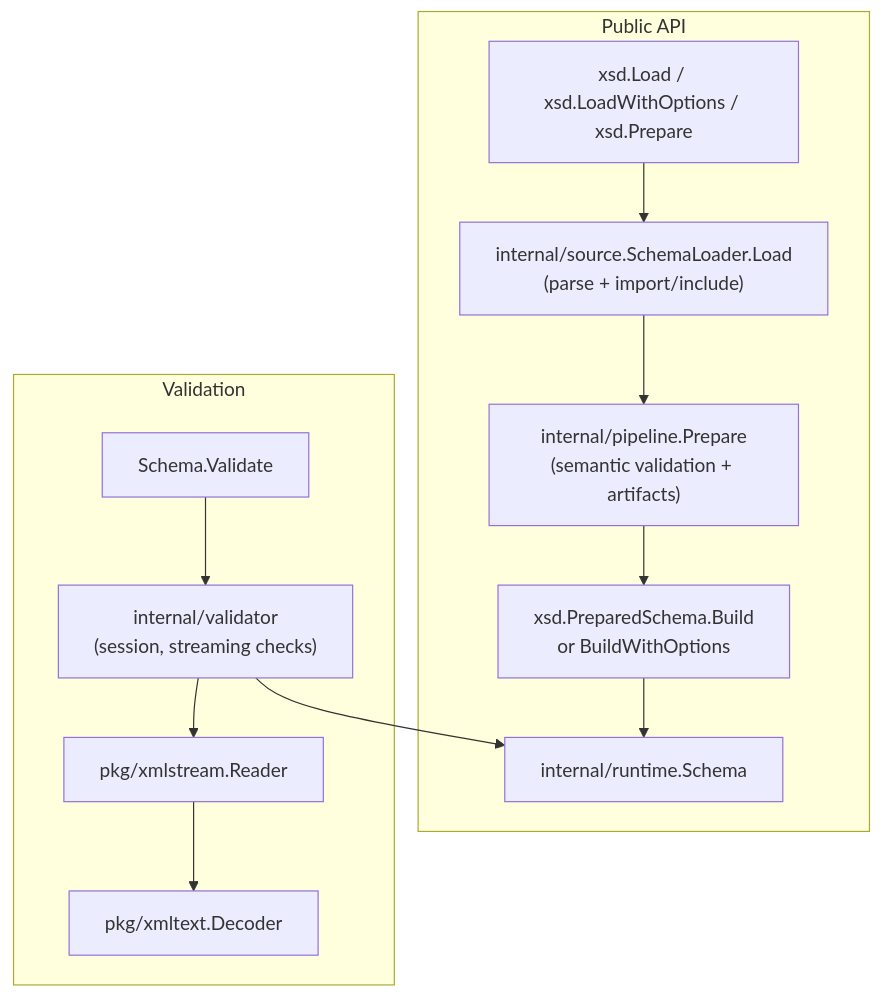
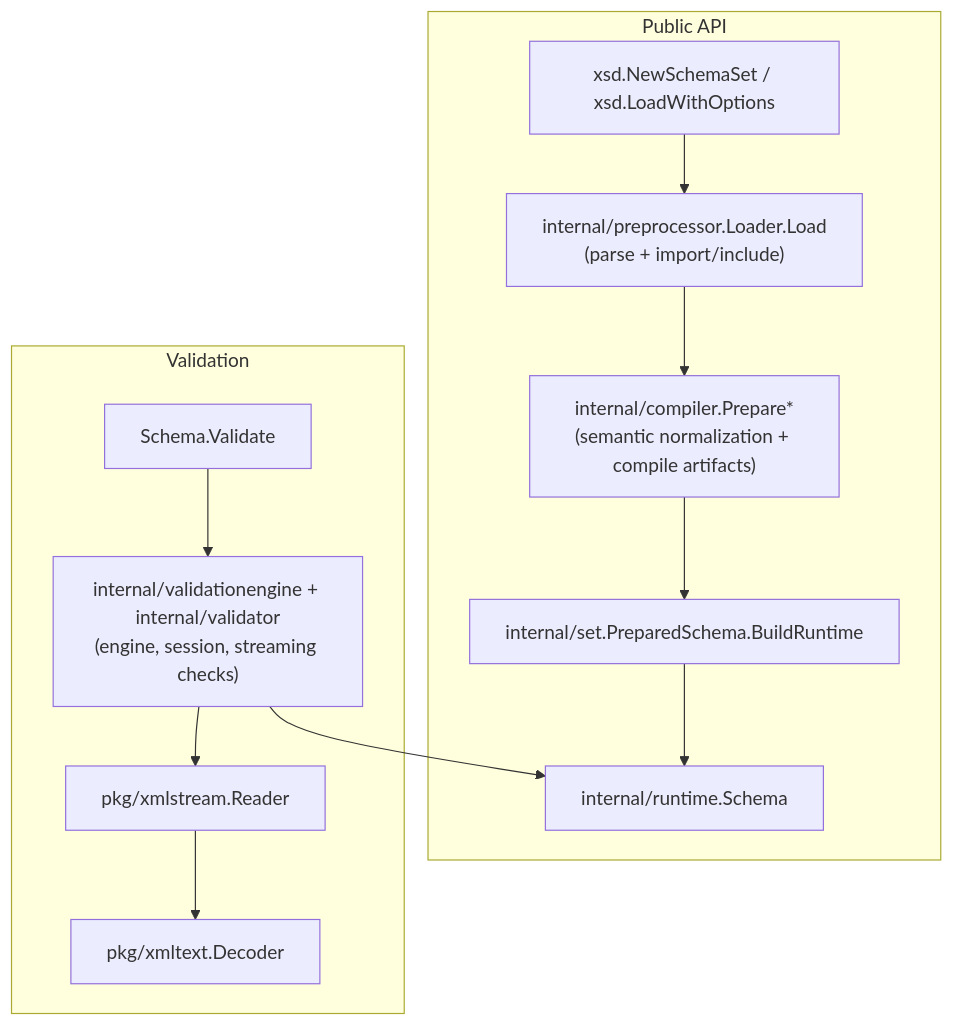
The second of 5 diagrams in docs/architecture.md (jacoelho/xsd), drawn with Mermaid before and after one commit. The commit also changed other lines of this file and 984 other files, not shown here.

````diff
--- a/docs/architecture.md
+++ b/docs/architecture.md
@@ -47,12 +47,12 @@
 ```mermaid
 flowchart TD
   subgraph PublicAPI["Public API"]
-    Load["xsd.Load / xsd.LoadWithOptions / xsd.Prepare"] --> Loader["internal/source.SchemaLoader.Load<br/>(parse + import/include)"] --> Prepare["internal/pipeline.Prepare<br/>(semantic validation + artifacts)"] --> Build["xsd.PreparedSchema.Build<br/>or BuildWithOptions"] --> Runtime["internal/runtime.Schema"]
+    Load["xsd.NewSchemaSet / xsd.LoadWithOptions"] --> Loader["internal/preprocessor.Loader.Load<br/>(parse + import/include)"] --> Compile["internal/compiler.Prepare*<br/>(semantic normalization + compile artifacts)"] --> Build["internal/set.PreparedSchema.BuildRuntime"] --> Runtime["internal/runtime.Schema"]
   end
   subgraph Validation
-    Validate["Schema.Validate"] --> ValidatorPkg["internal/validator<br/>(session, streaming checks)"]
+    Validate["Schema.Validate"] --> ValidatorPkg["internal/validationengine + internal/validator<br/>(engine, session, streaming checks)"]
     ValidatorPkg --> Runtime
     ValidatorPkg --> XMLPkg["pkg/xmlstream.Reader"]
     XMLPkg --> XMLText["pkg/xmltext.Decoder"]
   end
 ```
````
